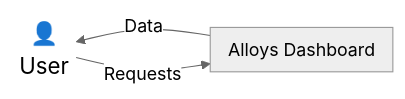
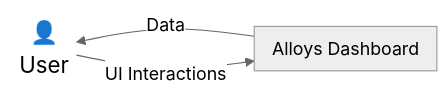
Before and after one commit to arlealexandre/AlloysDashboard: the first of 5 diagrams in docs/README.md, drawn with Mermaid (neutral theme). The commit also changed other lines of this file, not shown here.

````diff
--- a/docs/README.md
+++ b/docs/README.md
@@ -5,17 +5,17 @@
 ```mermaid
 graph RL
 
     %% System actors
     User(("👤<br>User")):::actor
 
     %% System - Use case container
     subgraph System["Alloys Dashboard"]
     end
 
     %% Interactions
-    User -- Requests --> System
+    User -- UI Interactions --> System
     System -- Data --> User
 
     %% Style
     classDef actor stroke:none,fill:none,font-size:20px
 ```
````
